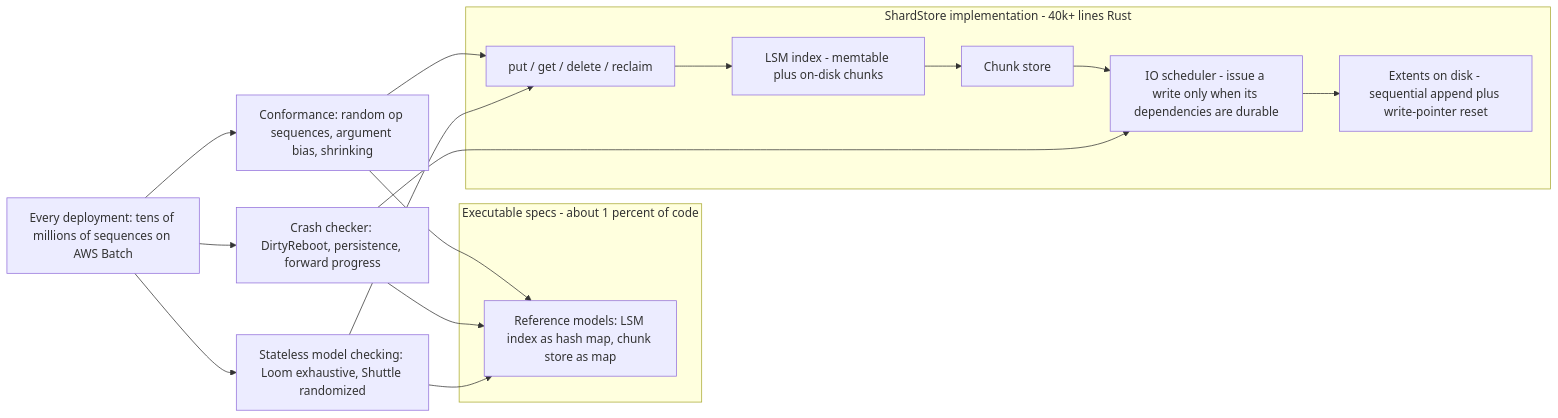
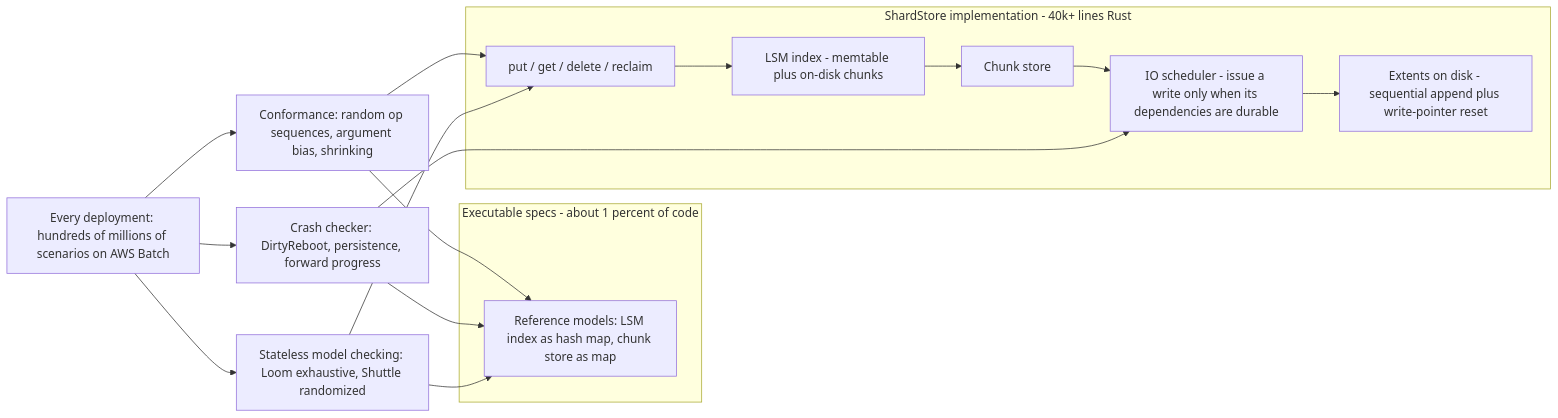
The diagram in 17-Cloud-AI-Engineering/Volume_13_Seminal_Papers_and_Case_Studies/Chapter_05_Amazon_S3_ShardStore_Formal_Methods.md (shreejitverma/SDE-Interview-Prep), drawn with Mermaid before and after one commit. The commit also changed other lines of this file and 143 other files, not shown here.

````diff
--- a/17-Cloud-AI-Engineering/Volume_13_Seminal_Papers_and_Case_Studies/Chapter_05_Amazon_S3_ShardStore_Formal_Methods.md
+++ b/17-Cloud-AI-Engineering/Volume_13_Seminal_Papers_and_Case_Studies/Chapter_05_Amazon_S3_ShardStore_Formal_Methods.md
@@ -33,21 +46,21 @@
 ```mermaid
 flowchart LR
   subgraph SPEC["Executable specs - about 1 percent of code"]
     RM["Reference models: LSM index as hash map, chunk store as map"]
   end
   subgraph IMPL["ShardStore implementation - 40k+ lines Rust"]
     API["put / get / delete / reclaim"] --> IDX["LSM index - memtable plus on-disk chunks"]
     IDX --> CS["Chunk store"]
     CS --> SCHED["IO scheduler - issue a write only when its dependencies are durable"]
     SCHED --> DISK["Extents on disk - sequential append plus write-pointer reset"]
   end
   PBT["Conformance: random op sequences, argument bias, shrinking"] --> API
   PBT --> RM
   CRASH["Crash checker: DirtyReboot, persistence, forward progress"] --> SCHED
   CRASH --> RM
   CONC["Stateless model checking: Loom exhaustive, Shuttle randomized"] --> API
   CONC --> RM
-  GATE["Every deployment: tens of millions of sequences on AWS Batch"] --> PBT
+  GATE["Every deployment: hundreds of millions of scenarios on AWS Batch"] --> PBT
   GATE --> CRASH
   GATE --> CONC
 ```
````
